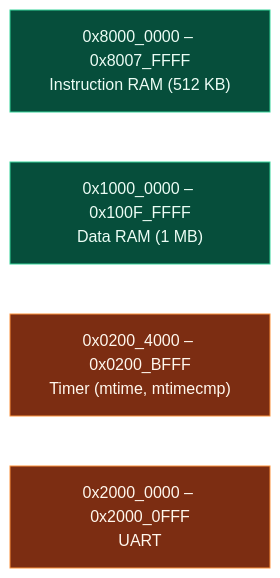
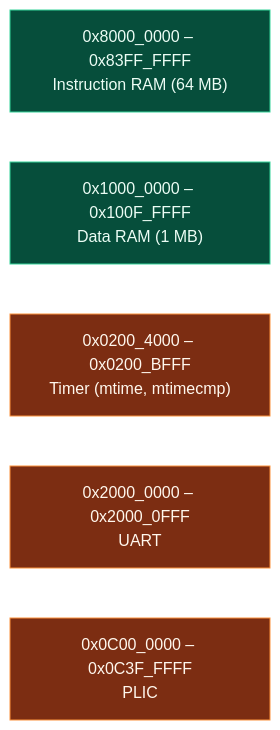
Before and after one commit to SRA-VJTI/synapse32: the second of 3 diagrams in docs/architecture.md, drawn with Mermaid. The commit also changed other lines of this file and 53 other files, not shown here.

````diff
--- a/docs/architecture.md
+++ b/docs/architecture.md
@@ -122,9 +132,10 @@
 ```mermaid
 flowchart LR
-    A["0x8000_0000 – 0x8007_FFFF<br/>Instruction RAM (512 KB)"]:::mem
+    A["0x8000_0000 – 0x83FF_FFFF<br/>Instruction RAM (64 MB)"]:::mem
     B["0x1000_0000 – 0x100F_FFFF<br/>Data RAM (1 MB)"]:::mem
     C["0x0200_4000 – 0x0200_BFFF<br/>Timer (mtime, mtimecmp)"]:::mmio
     D["0x2000_0000 – 0x2000_0FFF<br/>UART"]:::mmio
+    E["0x0C00_0000 – 0x0C3F_FFFF<br/>PLIC"]:::mmio
     classDef mem  fill:#064e3b,stroke:#34d399,color:#ecfdf5
     classDef mmio fill:#7c2d12,stroke:#fb923c,color:#fff7ed
 ```
````
